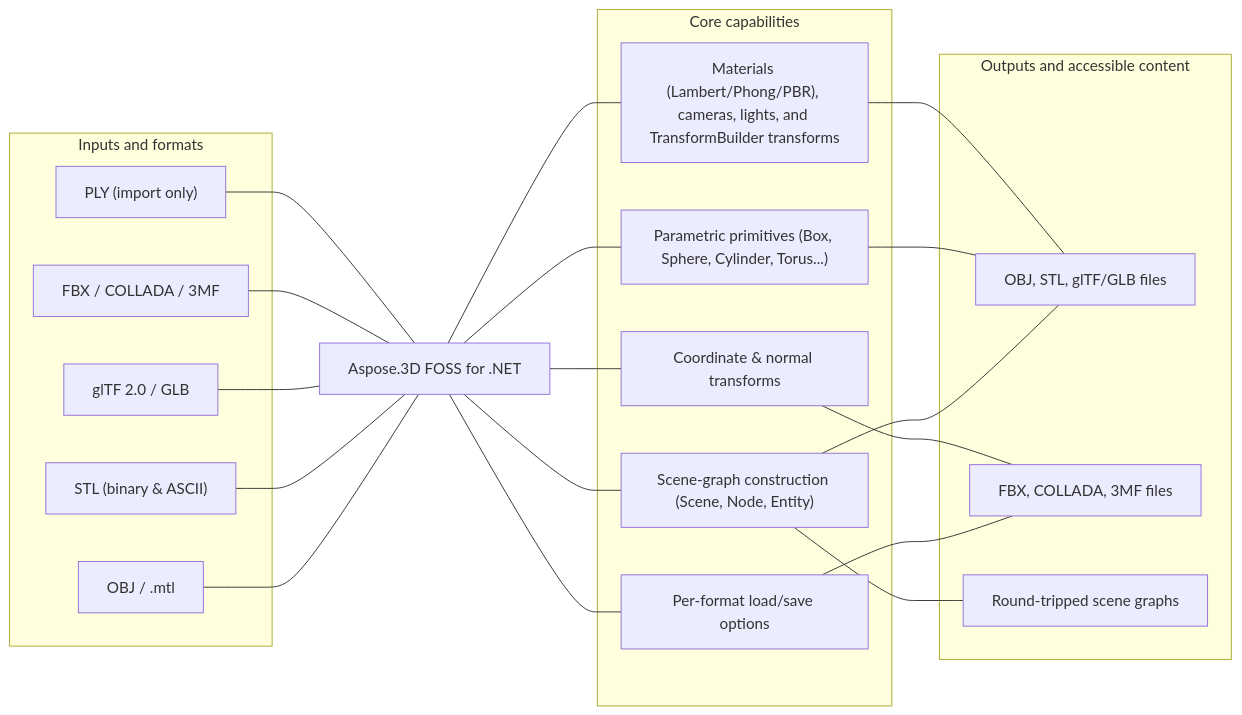
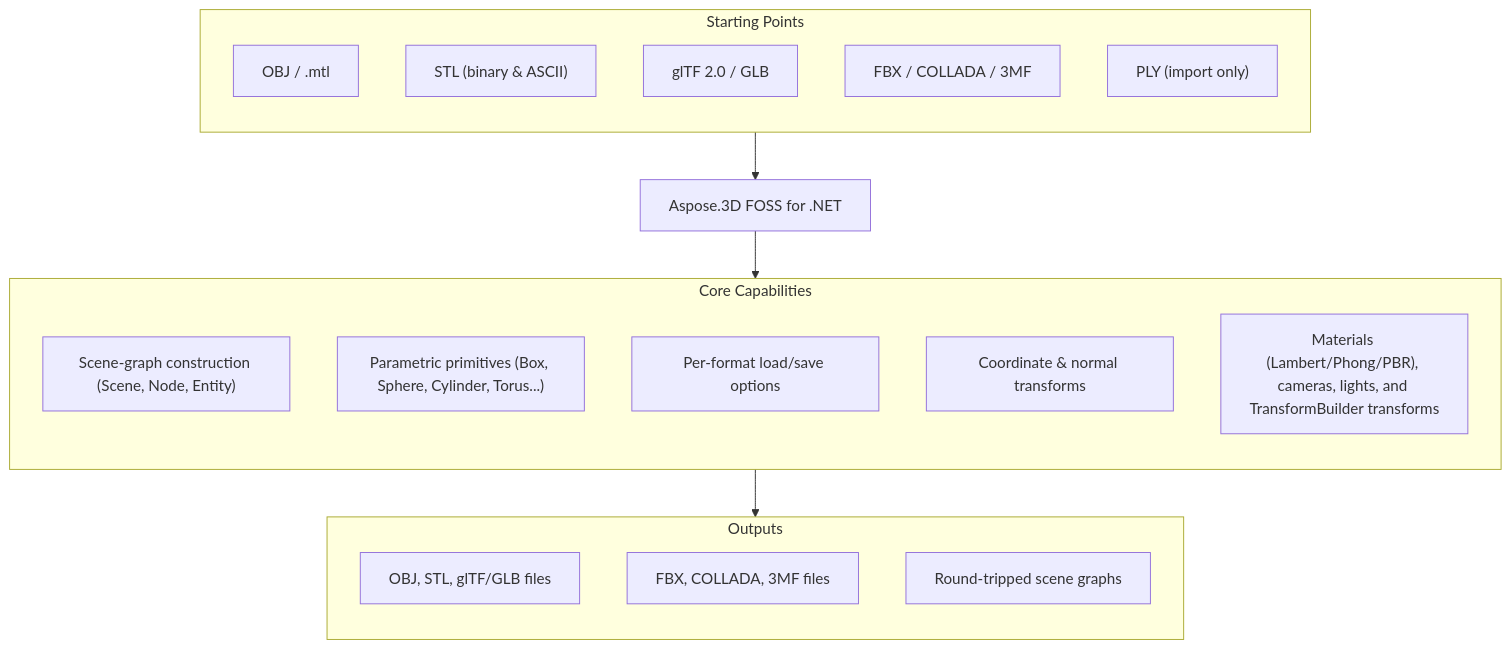
Before and after one commit to aspose-3d-foss/Aspose.3D-FOSS-for-.NET: the diagram in README.md, drawn with Mermaid.

Commit message:
fix: eliminate Mermaid node-text clipping in the At a Glance diagram
- Restructured the At a Glance diagram from the individually-wired
  Input/Capability/Output edge model to the flat, unwired
  Starting Points -> Product -> Core Capabilities -> Outputs container
  chain.
- The prior model's converging/crossing edges triggered a real, confirmed
  rendering inconsistency in GitHub's Mermaid renderer: the "Round-tripped
  scene graphs" output node rendered with a non-wrapping CSS style and its
  text was cut off ("Round-tripped scene gr...") on the live page.
- No capability, input, or output was added, removed, or reworded --
  every one of the 5 Starting Points, 5 Core Capabilities, and 3 Outputs
  labels is byte-identical to the prior version, only the diagram's
  topology changed.

Verification: the corrected diagram was independently re-rendered against
a real Mermaid renderer before this push, confirming every label is now
fully visible with no clipping, truncation, or overlap.

````diff
--- a/README.md
+++ b/README.md
@@ -26,43 +26,27 @@
 ```mermaid
-flowchart LR
-  subgraph Inputs["Inputs and formats"]
+flowchart TD
+  subgraph StartingPoints["Starting Points"]
+    direction TB
     I1["OBJ / .mtl"]
     I2["STL (binary & ASCII)"]
     I3["glTF 2.0 / GLB"]
     I4["FBX / COLLADA / 3MF"]
     I5["PLY (import only)"]
   end
-
   PRODUCT["Aspose.3D FOSS for .NET"]
-
-  subgraph Capabilities["Core capabilities"]
+  subgraph Capabilities["Core Capabilities"]
+    direction TB
     C1["Scene-graph construction (Scene, Node, Entity)"]
     C2["Parametric primitives (Box, Sphere, Cylinder, Torus...)"]
     C3["Per-format load/save options"]
     C4["Coordinate & normal transforms"]
     C5["Materials (Lambert/Phong/PBR), cameras, lights, and TransformBuilder transforms"]
   end
-
-  subgraph Outputs["Outputs and accessible content"]
+  subgraph Outputs["Outputs"]
+    direction TB
     O1["OBJ, STL, glTF/GLB files"]
     O2["FBX, COLLADA, 3MF files"]
     O3["Round-tripped scene graphs"]
   end
-
-  I1 --- PRODUCT
-  I2 --- PRODUCT
-  I3 --- PRODUCT
-  I4 --- PRODUCT
-  I5 --- PRODUCT
-  PRODUCT --- C1
-  PRODUCT --- C2
-  PRODUCT --- C3
-  PRODUCT --- C4
-  PRODUCT --- C5
-  C1 --- O1
-  C2 --- O1
-  C3 --- O2
-  C4 --- O2
-  C1 --- O3
-  C5 --- O1
+  StartingPoints --> PRODUCT --> Capabilities --> Outputs
 ```
````
